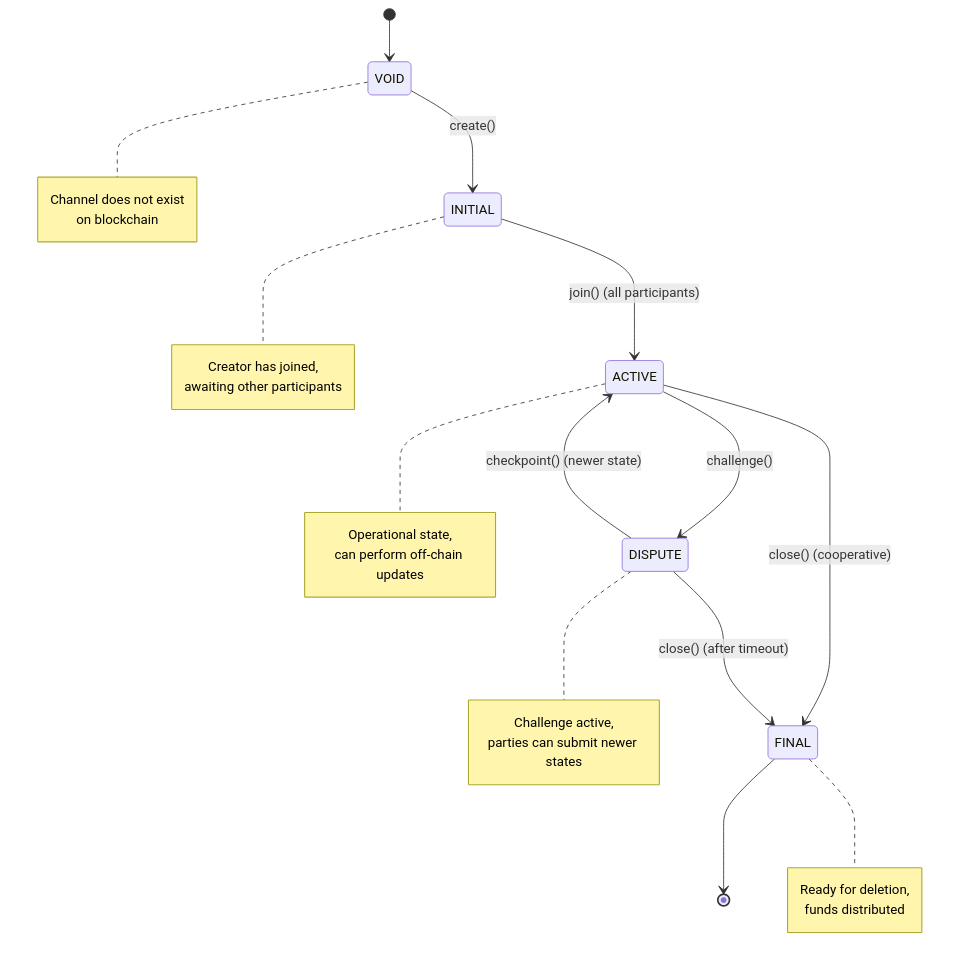
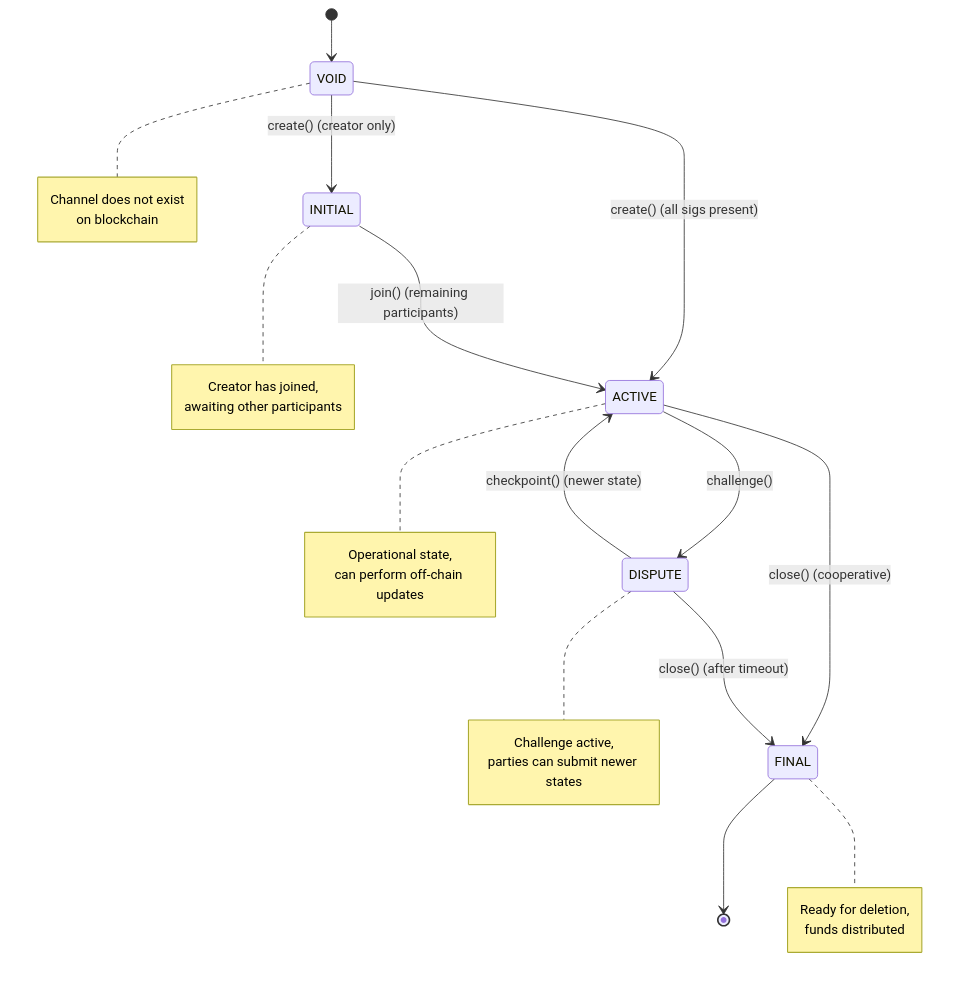
Before and after one commit to layer-3/docs: the diagram in docs/protocol/protocol-reference.mdx, drawn with Mermaid. The commit also changed other lines of this file and 11 other files, not shown here.

````diff
--- a/docs/protocol/protocol-reference.mdx
+++ b/docs/protocol/protocol-reference.mdx
@@ -173,36 +161,37 @@
 ```mermaid
 stateDiagram-v2
     [*] --> VOID
-    VOID --> INITIAL : create()
-    INITIAL --> ACTIVE : join() (all participants)
+    VOID --> INITIAL : create() (creator only)
+    VOID --> ACTIVE : create() (all sigs present)
+    INITIAL --> ACTIVE : join() (remaining participants)
     ACTIVE --> DISPUTE : challenge()
     ACTIVE --> FINAL : close() (cooperative)
     DISPUTE --> ACTIVE : checkpoint() (newer state)
     DISPUTE --> FINAL : close() (after timeout)
     FINAL --> [*]
     
     note right of VOID
         Channel does not exist
         on blockchain
     end note
     
     note right of INITIAL
         Creator has joined,
         awaiting other participants
     end note
     
     note right of ACTIVE
         Operational state,
         can perform off-chain updates
     end note
     
     note right of DISPUTE
         Challenge active,
         parties can submit newer states
     end note
     
     note right of FINAL
         Ready for deletion,
         funds distributed
     end note
 ```
````
